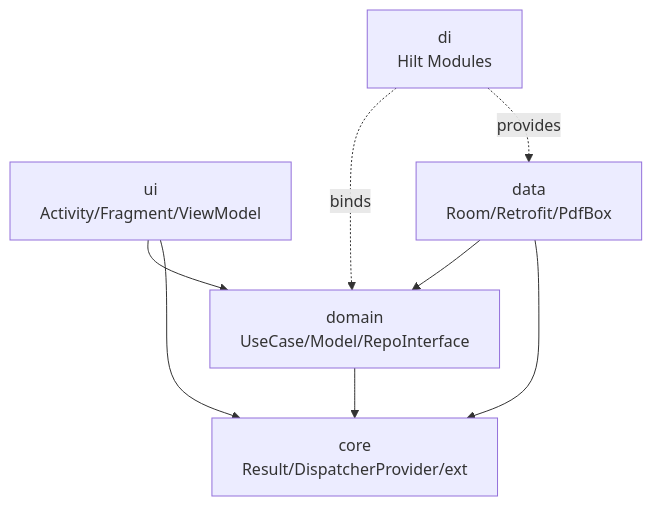
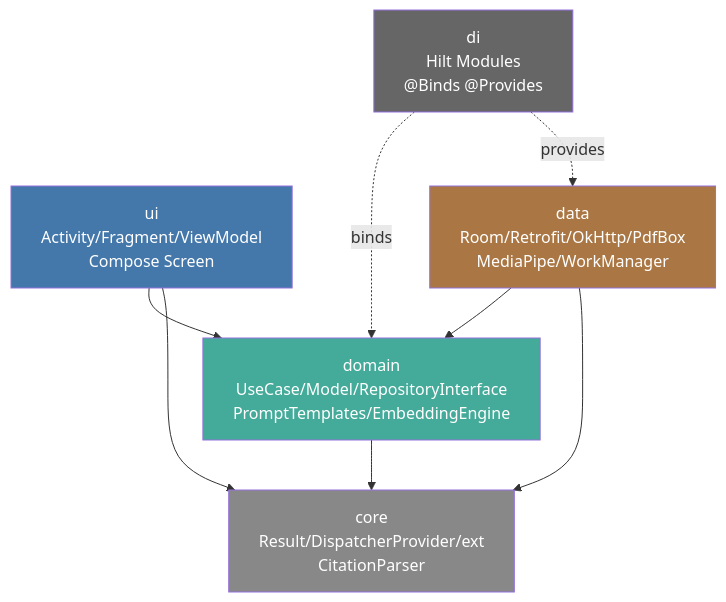
Before and after one commit to stuid-maker/pocketpdf-android: the first of 21 diagrams in docs/ARCHITECTURE.md, drawn with Mermaid. The commit also changed other lines of this file and 24 other files, not shown here.

````diff
--- a/docs/ARCHITECTURE.md
+++ b/docs/ARCHITECTURE.md
@@ -20,12 +40,18 @@
 ```mermaid
 graph TD
-    UI[ui<br/>Activity/Fragment/ViewModel] --> DOMAIN
-    DI[di<br/>Hilt Modules] -.binds.-> DOMAIN
+    UI[ui<br/>Activity/Fragment/ViewModel<br/>Compose Screen] --> DOMAIN
+    DI[di<br/>Hilt Modules<br/>@Binds @Provides] -.binds.-> DOMAIN
     DI -.provides.-> DATA
-    DATA[data<br/>Room/Retrofit/PdfBox] --> DOMAIN
-    DOMAIN[domain<br/>UseCase/Model/RepoInterface]
+    DATA[data<br/>Room/Retrofit/OkHttp/PdfBox<br/>MediaPipe/WorkManager] --> DOMAIN
+    DOMAIN[domain<br/>UseCase/Model/RepositoryInterface<br/>PromptTemplates/EmbeddingEngine]
     UI --> CORE
     DATA --> CORE
     DOMAIN --> CORE
-    CORE[core<br/>Result/DispatcherProvider/ext]
+    CORE[core<br/>Result/DispatcherProvider/ext<br/>CitationParser]
+    
+    style DOMAIN fill:#4a9,color:#fff
+    style UI fill:#47a,color:#fff
+    style DATA fill:#a74,color:#fff
+    style DI fill:#666,color:#fff
+    style CORE fill:#888,color:#fff
 ```
````
